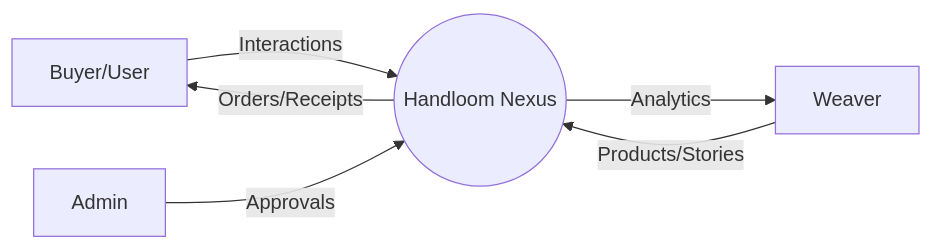
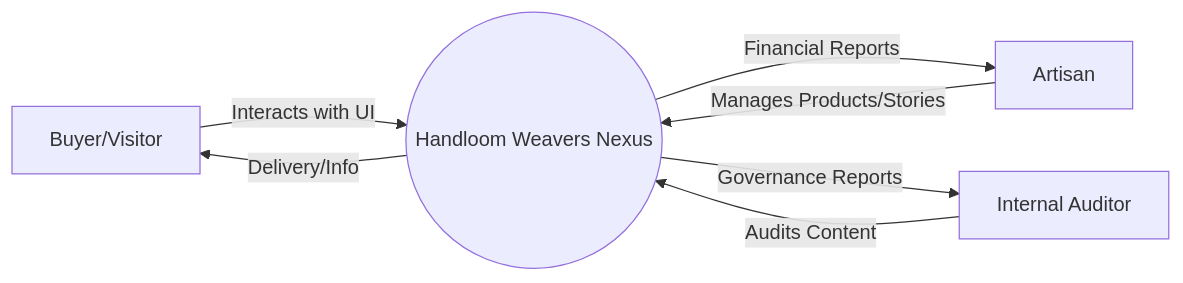
Before and after one commit to iBOYJAI/handloom-weavers-nexus: the second of 4 diagrams in COMPLETE_PROJECT_REPORT.md, drawn with Mermaid. The commit also changed other lines of this file and 1 other file, not shown here.

````diff
--- a/COMPLETE_PROJECT_REPORT.md
+++ b/COMPLETE_PROJECT_REPORT.md
@@ -81,8 +173,9 @@
 ```mermaid
 graph LR
-    U[Buyer/User] -->|Interactions| S((Handloom Nexus))
-    W[Weaver] -->|Products/Stories| S
-    A[Admin] -->|Approvals| S
-    S -->|Orders/Receipts| U
-    S -->|Analytics| W
+    User[Buyer/Visitor] -->|Interacts with UI| System((Handloom Weavers Nexus))
+    Weaver[Artisan] -->|Manages Products/Stories| System
+    Admin[Internal Auditor] -->|Audits Content| System
+    System -->|Delivery/Info| User
+    System -->|Financial Reports| Weaver
+    System -->|Governance Reports| Admin
 ```
````
